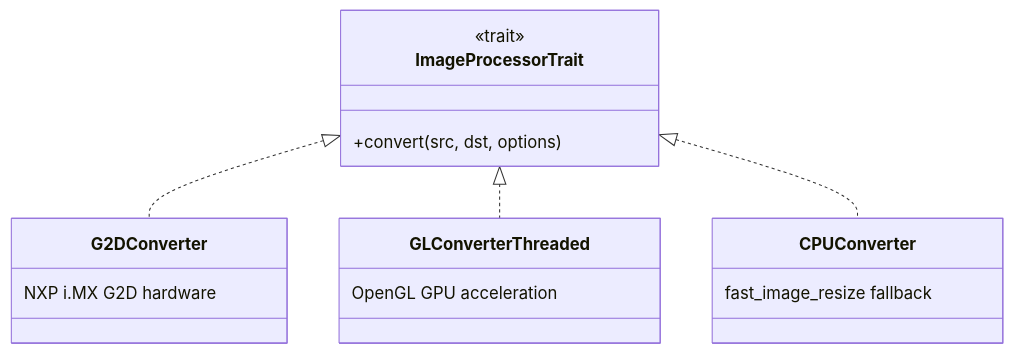
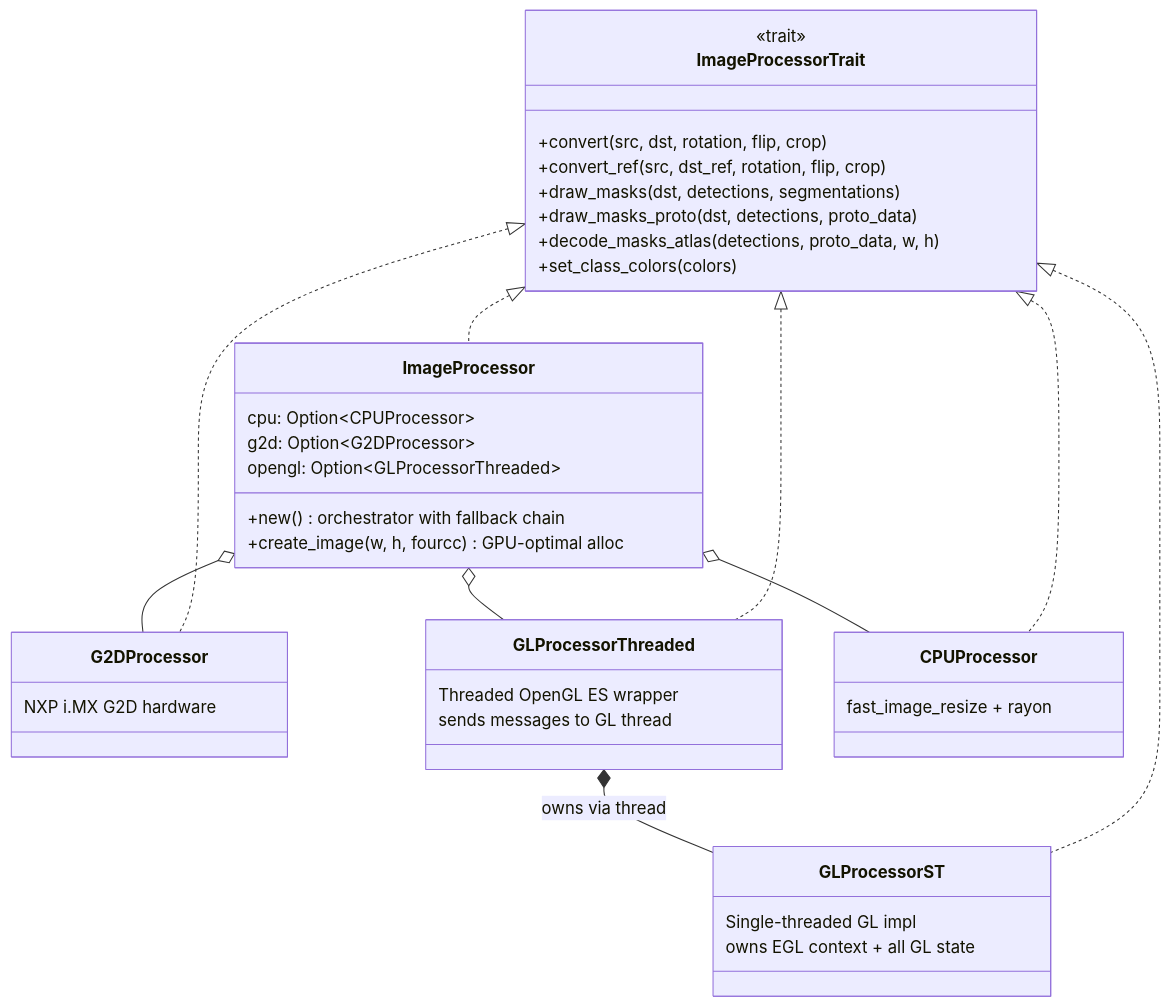
One commit to EdgeFirstAI/hal changed the fourth of 12 diagrams in ARCHITECTURE.md. Above: the diagram before and after it, drawn with Mermaid. The commit also changed other lines of this file and 1 other file, not shown here.

First line of the commit message:
EDGEAI-542: update ARCHITECTURE.md to v2.6 and add BENCHMARKS.md

````diff
--- a/ARCHITECTURE.md
+++ b/ARCHITECTURE.md
@@ -137,23 +156,48 @@
 ```mermaid
 classDiagram
     class ImageProcessorTrait {
         <<trait>>
-        +convert(src, dst, options)
+        +convert(src, dst, rotation, flip, crop)
+        +convert_ref(src, dst_ref, rotation, flip, crop)
+        +draw_masks(dst, detections, segmentations)
+        +draw_masks_proto(dst, detections, proto_data)
+        +decode_masks_atlas(detections, proto_data, w, h)
+        +set_class_colors(colors)
     }
-    
-    class G2DConverter {
+
+    class ImageProcessor {
+        cpu: Option~CPUProcessor~
+        g2d: Option~G2DProcessor~
+        opengl: Option~GLProcessorThreaded~
+        +new() orchestrator with fallback chain
+        +create_image(w, h, fourcc) GPU-optimal alloc
+    }
+
+    class G2DProcessor {
         NXP i.MX G2D hardware
     }
-    
-    class GLConverterThreaded {
-        OpenGL GPU acceleration
+
+    class GLProcessorThreaded {
+        Threaded OpenGL ES wrapper
+        sends messages to GL thread
     }
-    
-    class CPUConverter {
-        fast_image_resize fallback
+
+    class GLProcessorST {
+        Single-threaded GL impl
+        owns EGL context + all GL state
     }
-    
-    ImageProcessorTrait <|.. G2DConverter
-    ImageProcessorTrait <|.. GLConverterThreaded
-    ImageProcessorTrait <|.. CPUConverter
+
+    class CPUProcessor {
+        fast_image_resize + rayon
+    }
+
+    ImageProcessorTrait <|.. ImageProcessor
+    ImageProcessorTrait <|.. G2DProcessor
+    ImageProcessorTrait <|.. GLProcessorThreaded
+    ImageProcessorTrait <|.. GLProcessorST
+    ImageProcessorTrait <|.. CPUProcessor
+    ImageProcessor o-- G2DProcessor
+    ImageProcessor o-- GLProcessorThreaded
+    ImageProcessor o-- CPUProcessor
+    GLProcessorThreaded *-- GLProcessorST : owns via thread
 ```
````
